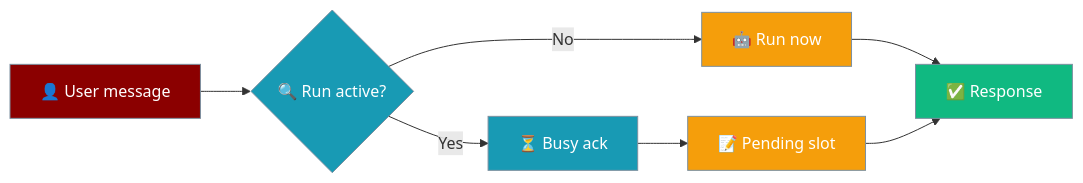
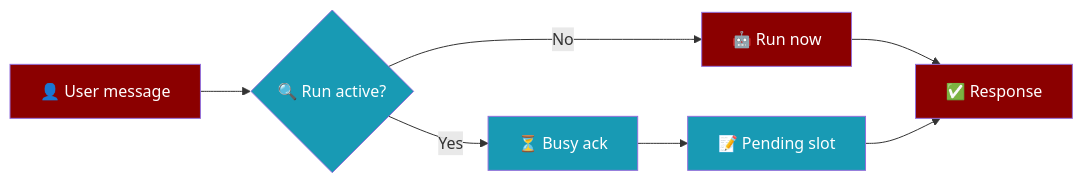
Before and after one commit to MervinPraison/PraisonAIDocs: the first of 5 diagrams in docs/features/bot-run-control.mdx, drawn with Mermaid. The commit also changed 24 other files, not shown here.

````diff
--- a/docs/features/bot-run-control.mdx
+++ b/docs/features/bot-run-control.mdx
@@ -10,19 +10,15 @@
 ```mermaid
 graph LR
     User[👤 User message] --> Check{🔍 Run active?}
     Check -->|No| Run[🤖 Run now]
     Check -->|Yes| Ack[⏳ Busy ack]
     Ack --> Pending[📝 Pending slot]
     Run --> Done[✅ Response]
     Pending --> Done
     
-    classDef user fill:#8B0000,stroke:#7C90A0,color:#fff
-    classDef process fill:#189AB4,stroke:#7C90A0,color:#fff
-    classDef success fill:#10B981,stroke:#7C90A0,color:#fff
-    classDef warning fill:#F59E0B,stroke:#7C90A0,color:#fff
+    classDef agent fill:#8B0000,color:#fff
+    classDef tool fill:#189AB4,color:#fff
     
-    class User user
-    class Check,Ack process
-    class Run,Pending warning
-    class Done success
+    class User,Run,Done agent
+    class Check,Ack,Pending tool
 ```
````
